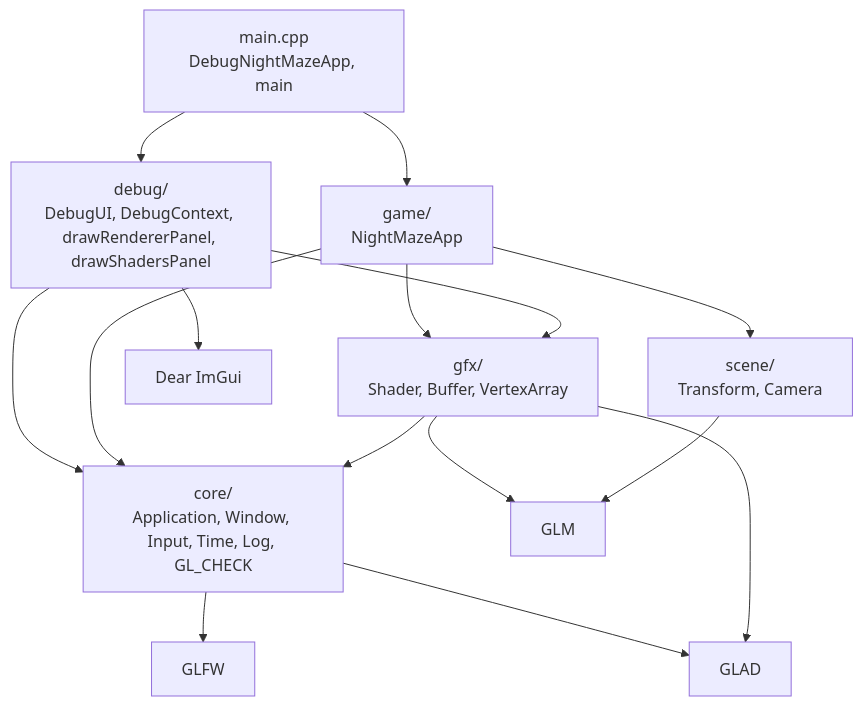
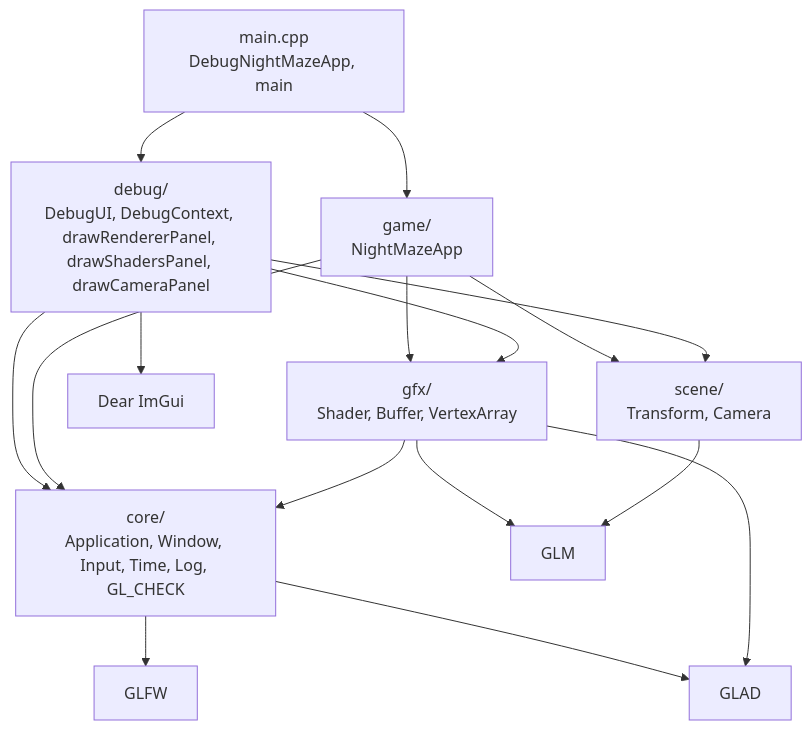
The first of 3 diagrams in docs/modules/core/README.md (Shironex/night-maze), drawn with Mermaid before and after one commit. The commit also changed other lines of this file and 25 other files, not shown here.

````diff
--- a/docs/modules/core/README.md
+++ b/docs/modules/core/README.md
@@ -44,17 +44,18 @@
 ```mermaid
 flowchart TD
-    Main["main.cpp<br/>DebugNightMazeApp, main"] --> Debug["debug/<br/>DebugUI, DebugContext, drawRendererPanel, drawShadersPanel"]
+    Main["main.cpp<br/>DebugNightMazeApp, main"] --> Debug["debug/<br/>DebugUI, DebugContext, drawRendererPanel, drawShadersPanel, drawCameraPanel"]
     Main --> Game["game/<br/>NightMazeApp"]
     Debug --> Core["core/<br/>Application, Window, Input, Time, Log, GL_CHECK"]
     Game --> Core
     Game --> Gfx
     Game --> Scene
     Debug --> Gfx
+    Debug --> Scene
     Gfx["gfx/<br/>Shader, Buffer, VertexArray"] --> Core
     Gfx --> Glm
     Scene["scene/<br/>Transform, Camera"] --> Glm["GLM"]
     Debug --> ImGui["Dear ImGui"]
     Core --> Glfw["GLFW"]
     Core --> Glad["GLAD"]
     Gfx --> Glad
 ```
````
